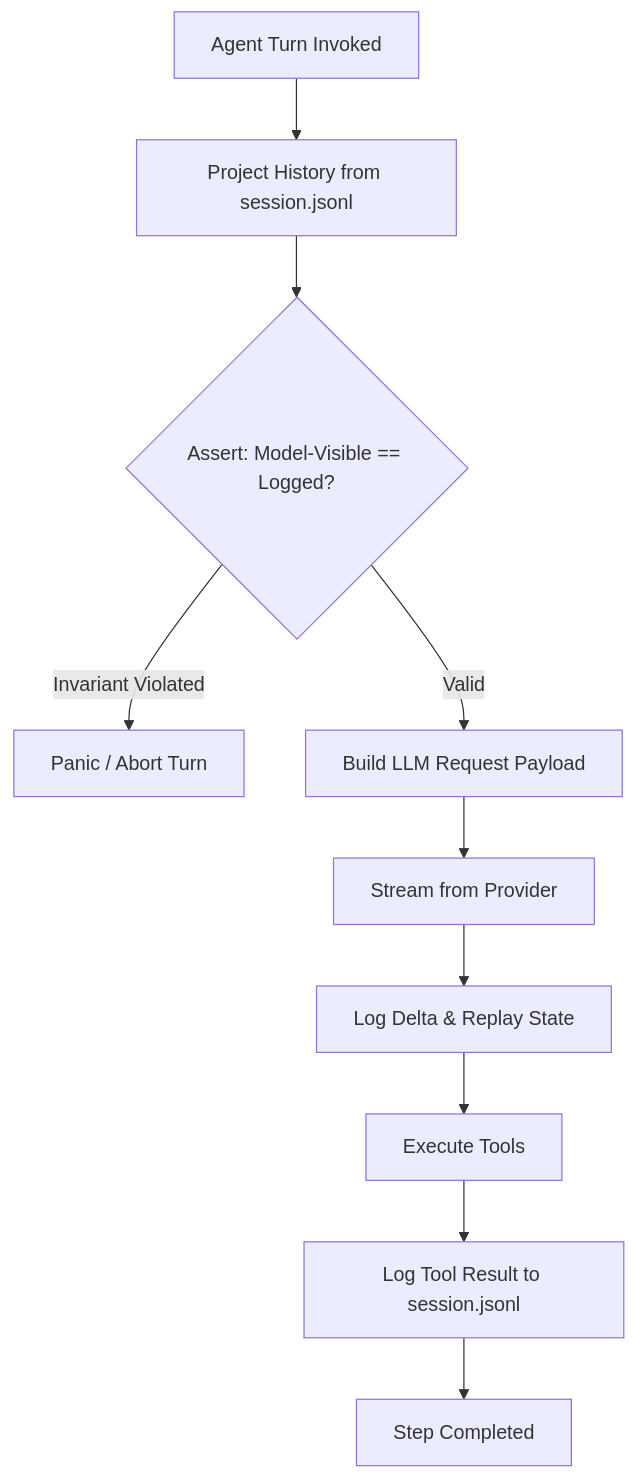
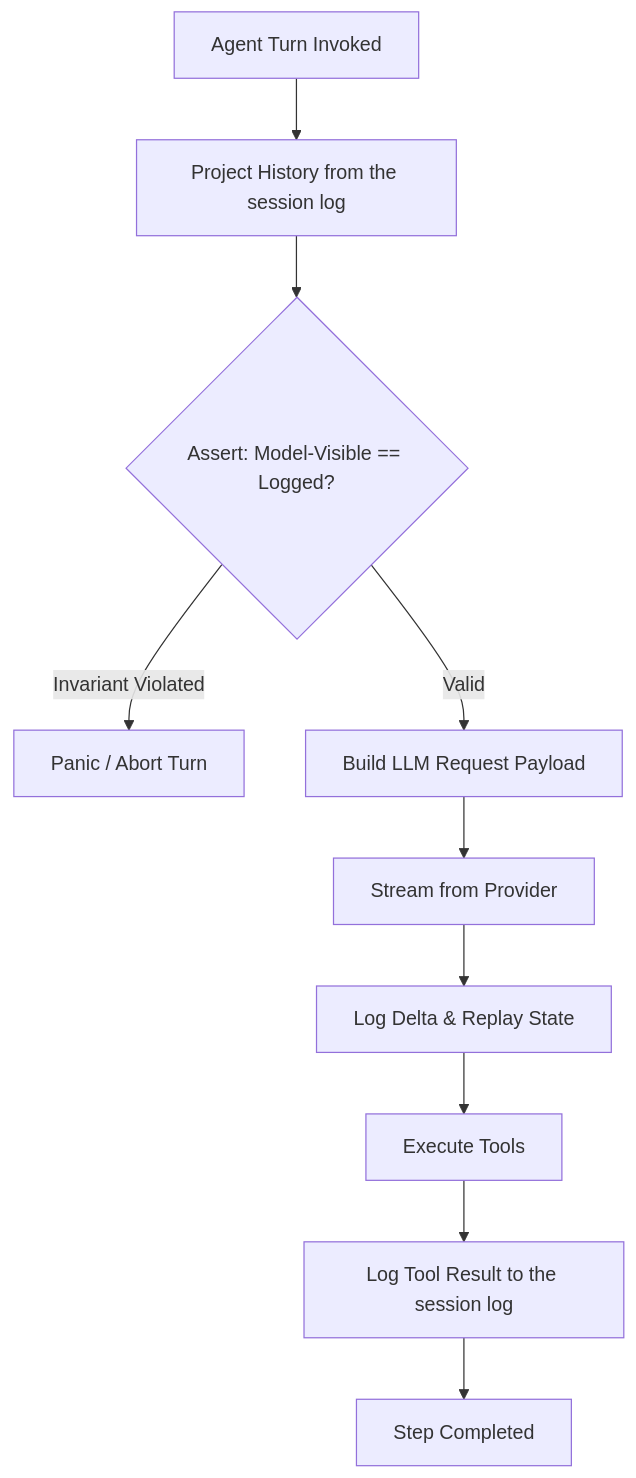
The fifth of 5 diagrams in docs/ARCHITECTURE.md (bharathvbcr/Manvi), drawn with Mermaid before and after one commit. The commit also changed other lines of this file and 58 other files, not shown here.

````diff
--- a/docs/ARCHITECTURE.md
+++ b/docs/ARCHITECTURE.md
@@ -224,12 +228,12 @@
 ```mermaid
 flowchart TD
-    TurnStart["Agent Turn Invoked"] --> ReadLog["Project History from session.jsonl"]
+    TurnStart["Agent Turn Invoked"] --> ReadLog["Project History from the session log"]
     ReadLog --> InvariantCheck{"Assert: Model-Visible == Logged?"}
     InvariantCheck -- Invariant Violated --> Halt["Panic / Abort Turn"]
     InvariantCheck -- Valid --> Assemble["Build LLM Request Payload"]
     Assemble --> Stream["Stream from Provider"]
     Stream --> RecordDelta["Log Delta & Replay State"]
     RecordDelta --> ToolRun["Execute Tools"]
-    ToolRun --> RecordTool["Log Tool Result to session.jsonl"]
+    ToolRun --> RecordTool["Log Tool Result to the session log"]
     RecordTool --> TurnEnd["Step Completed"]
 ```
````
